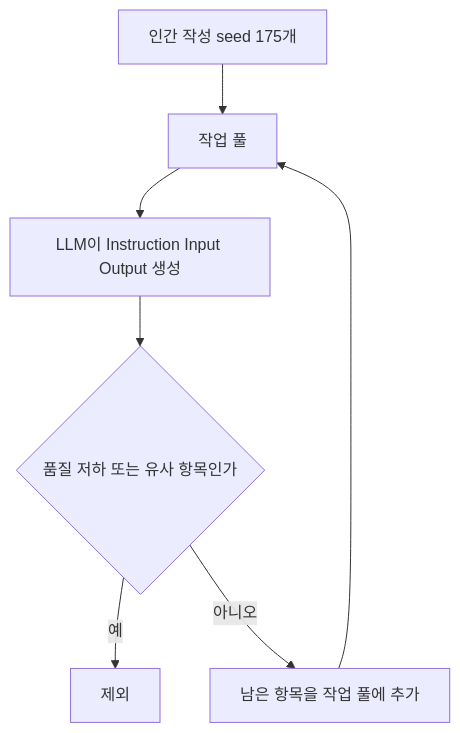
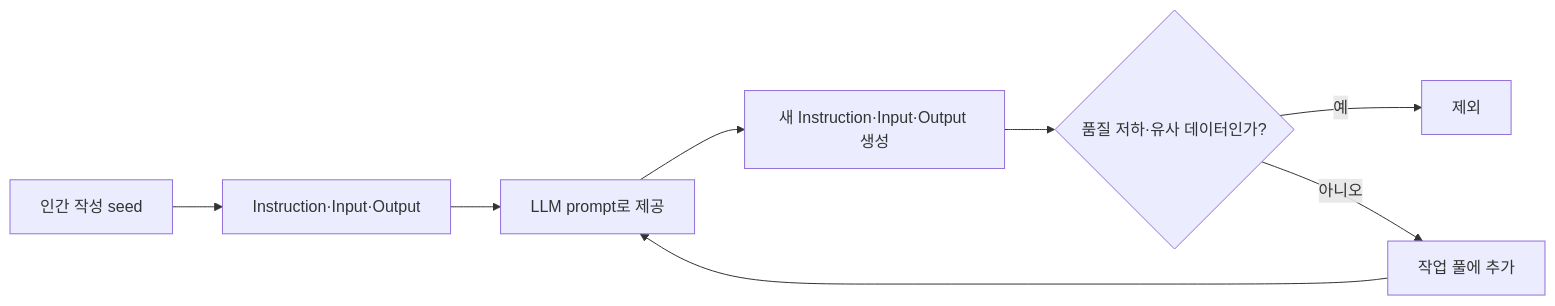
Before and after one commit to umyunsang/edu: the diagram in ComputerScience/03_ai-ml-data/generative-ai-fine-tuning/notes/46. 지시문 데이터와 대화 파인튜닝.md, drawn with Mermaid. The commit also changed other lines of this file and 5 other files, not shown here.

````diff
--- a/ComputerScience/03_ai-ml-data/generative-ai-fine-tuning/notes/46. 지시문 데이터와 대화 파인튜닝.md
+++ b/ComputerScience/03_ai-ml-data/generative-ai-fine-tuning/notes/46. 지시문 데이터와 대화 파인튜닝.md
@@ -29,9 +24,10 @@
 ```mermaid
-flowchart TD
-    H["인간 작성 seed 175개"] --> P["작업 풀"]
-    P --> G["LLM이 Instruction Input Output 생성"]
-    G --> F{"품질 저하 또는 유사 항목인가"}
+flowchart LR
+    S["인간 작성 seed"] --> P["Instruction·Input·Output"]
+    P --> G["LLM prompt로 제공"]
+    G --> N["새 Instruction·Input·Output 생성"]
+    N --> F{"품질 저하·유사 데이터인가?"}
     F -->|예| X["제외"]
-    F -->|아니오| K["남은 항목을 작업 풀에 추가"]
-    K --> P
+    F -->|아니오| A["작업 풀에 추가"]
+    A --> G
 ```
````
